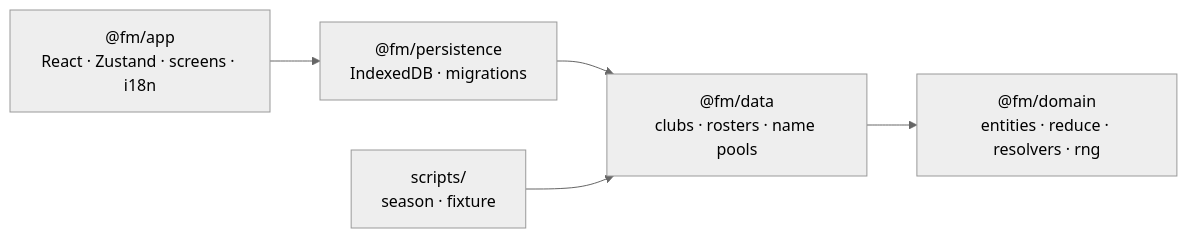
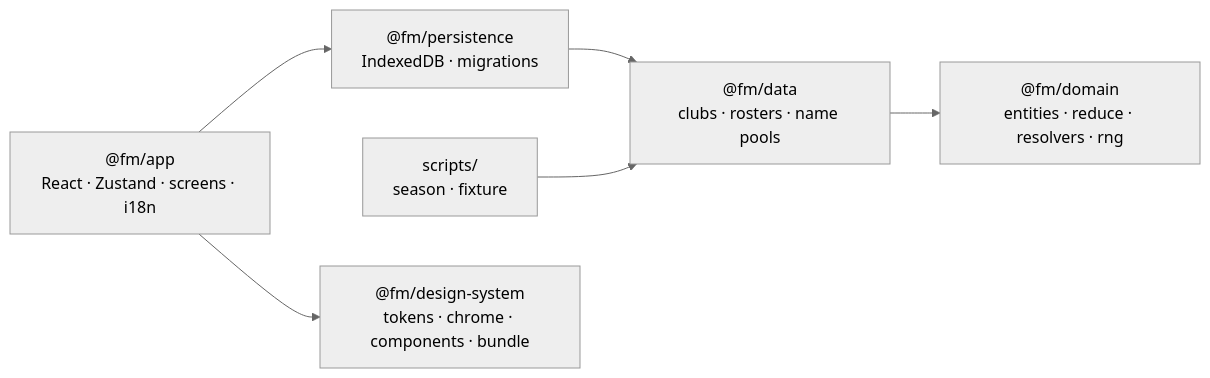
Before and after one commit to pearpages/futbol-manager: the diagram in architecture.md, drawn with Mermaid (neutral theme). The commit also changed other lines of this file and 20 other files, not shown here.

First line of the commit message:
feat: scaffold the design-system package

````diff
--- a/architecture.md
+++ b/architecture.md
@@ -22,7 +22,8 @@
 ```mermaid
 flowchart LR
   app["@fm/app<br/>React · Zustand · screens · i18n"] --> persistence["@fm/persistence<br/>IndexedDB · migrations"]
   persistence --> data["@fm/data<br/>clubs · rosters · name pools"]
   data --> domain["@fm/domain<br/>entities · reduce · resolvers · rng"]
   scripts["scripts/<br/>season · fixture"] --> data
+  app --> ds["@fm/design-system<br/>tokens · chrome · components · bundle"]
 ```
````
